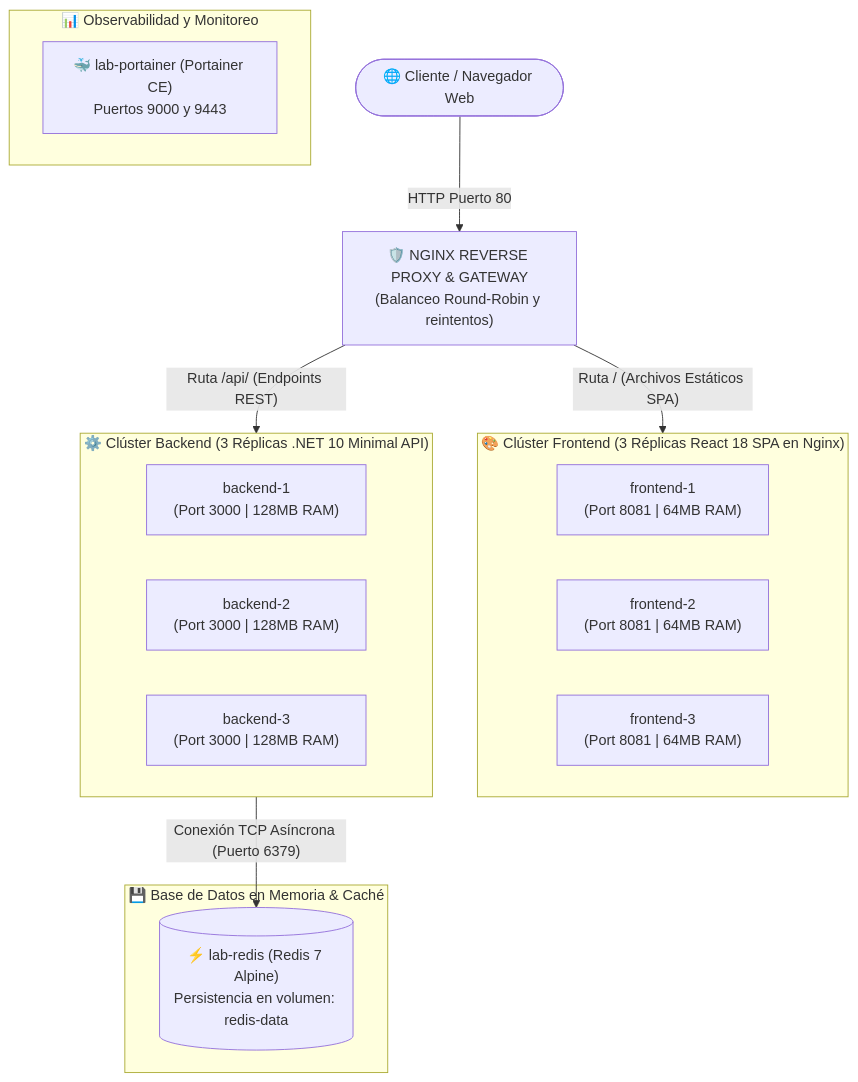
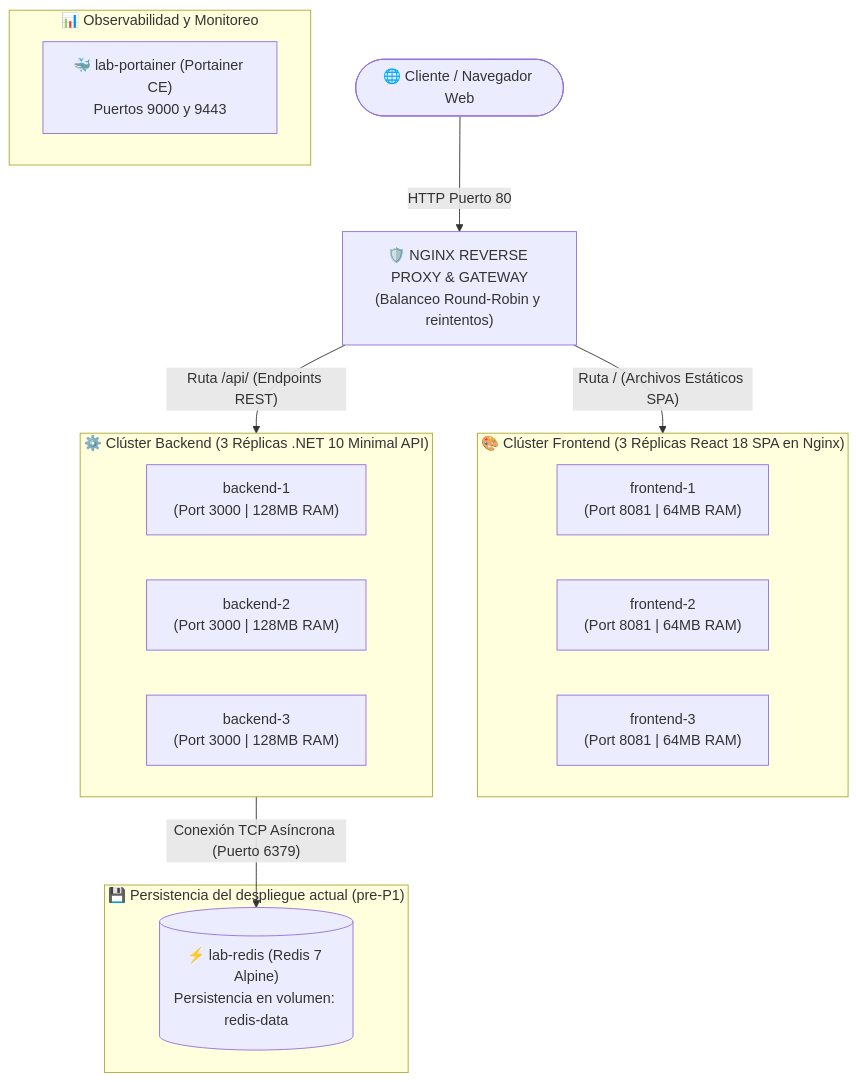
One commit to maxivalenzano/dev-ops-clase-2 changed the first of 2 diagrams in README.md. Above: the diagram before and after it, drawn with Mermaid. The commit also changed other lines of this file and 63 other files, not shown here.

````diff
--- a/README.md
+++ b/README.md
@@ -35,28 +35,28 @@
 ```mermaid
 graph TD
     Client(["🌐 Cliente / Navegador Web"]) -->|"HTTP Puerto 80"| Nginx["🛡️ NGINX REVERSE PROXY & GATEWAY<br/>(Balanceo Round-Robin y reintentos)"]
 
     subgraph FrontCluster ["🎨 Clúster Frontend (3 Réplicas React 18 SPA en Nginx)"]
         F1["frontend-1<br/>(Port 8081 | 64MB RAM)"]
         F2["frontend-2<br/>(Port 8081 | 64MB RAM)"]
         F3["frontend-3<br/>(Port 8081 | 64MB RAM)"]
     end
 
     subgraph BackCluster ["⚙️ Clúster Backend (3 Réplicas .NET 10 Minimal API)"]
         B1["backend-1<br/>(Port 3000 | 128MB RAM)"]
         B2["backend-2<br/>(Port 3000 | 128MB RAM)"]
         B3["backend-3<br/>(Port 3000 | 128MB RAM)"]
     end
 
-    subgraph Database ["💾 Base de Datos en Memoria & Caché"]
+    subgraph Database ["💾 Persistencia del despliegue actual (pre-P1)"]
         Redis[("⚡ lab-redis (Redis 7 Alpine)<br/>Persistencia en volumen: redis-data")]
     end
 
     subgraph Observability ["📊 Observabilidad y Monitoreo"]
     Portainer["🐳 lab-portainer (Portainer CE)<br/>Puertos 9000 y 9443"]
     end
 
     Nginx -->|"Ruta / (Archivos Estáticos SPA)"| FrontCluster
     Nginx -->|"Ruta /api/ (Endpoints REST)"| BackCluster
     BackCluster -->|"Conexión TCP Asíncrona (Puerto 6379)"| Redis
 ```
````
